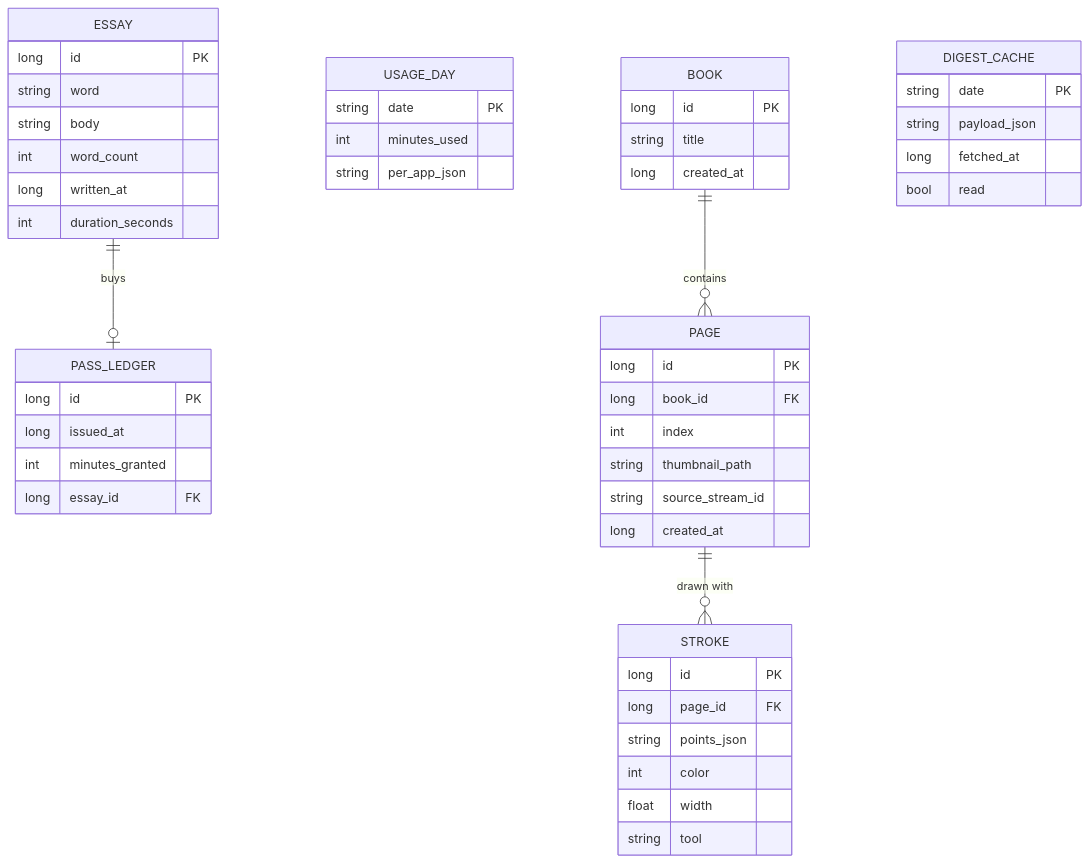
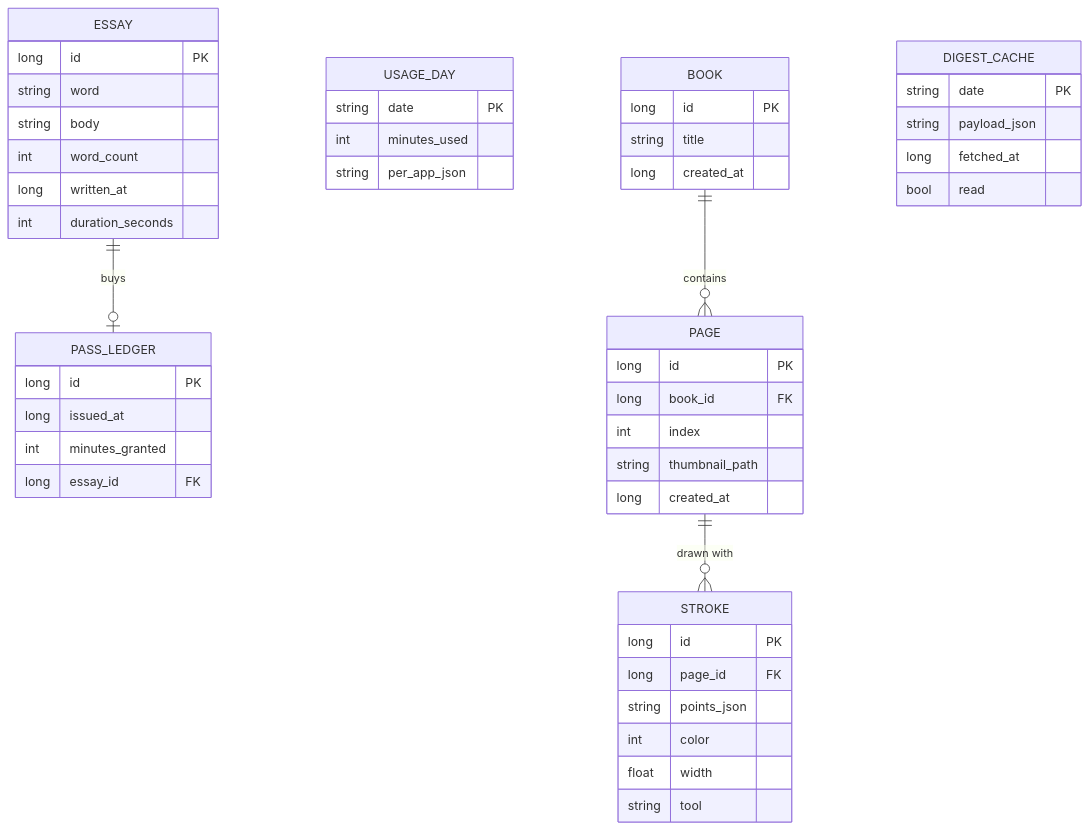
One commit to Kavana917/TouchGrass changed the third of 3 diagrams in context/tech_stack.md. Above: the diagram before and after it, drawn with Mermaid. The commit also changed other lines of this file and 33 other files, not shown here.

````diff
--- a/context/tech_stack.md
+++ b/context/tech_stack.md
@@ -306,53 +269,52 @@
 ```mermaid
 erDiagram
     PASS_LEDGER {
         long id PK
         long issued_at
         int minutes_granted
         long essay_id FK
     }
     ESSAY {
         long id PK
         string word
         string body
         int word_count
         long written_at
         int duration_seconds
     }
     USAGE_DAY {
         string date PK
         int minutes_used
         string per_app_json
     }
     BOOK {
         long id PK
         string title
         long created_at
     }
     PAGE {
         long id PK
         long book_id FK
         int index
         string thumbnail_path
-        string source_stream_id
         long created_at
     }
     STROKE {
         long id PK
         long page_id FK
         string points_json
         int color
         float width
         string tool
     }
     DIGEST_CACHE {
         string date PK
         string payload_json
         long fetched_at
         bool read
     }
 
     ESSAY ||--o| PASS_LEDGER : "buys"
     BOOK ||--o{ PAGE : contains
     PAGE ||--o{ STROKE : "drawn with"
 ```
````
